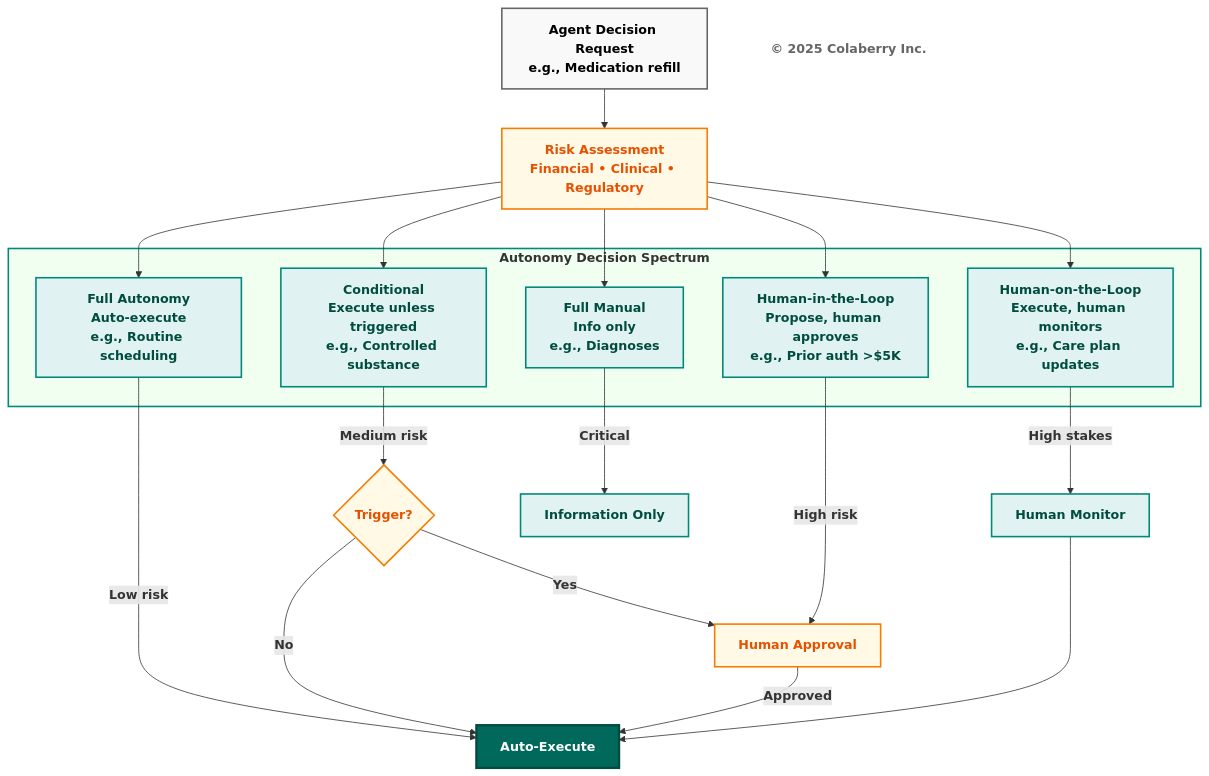
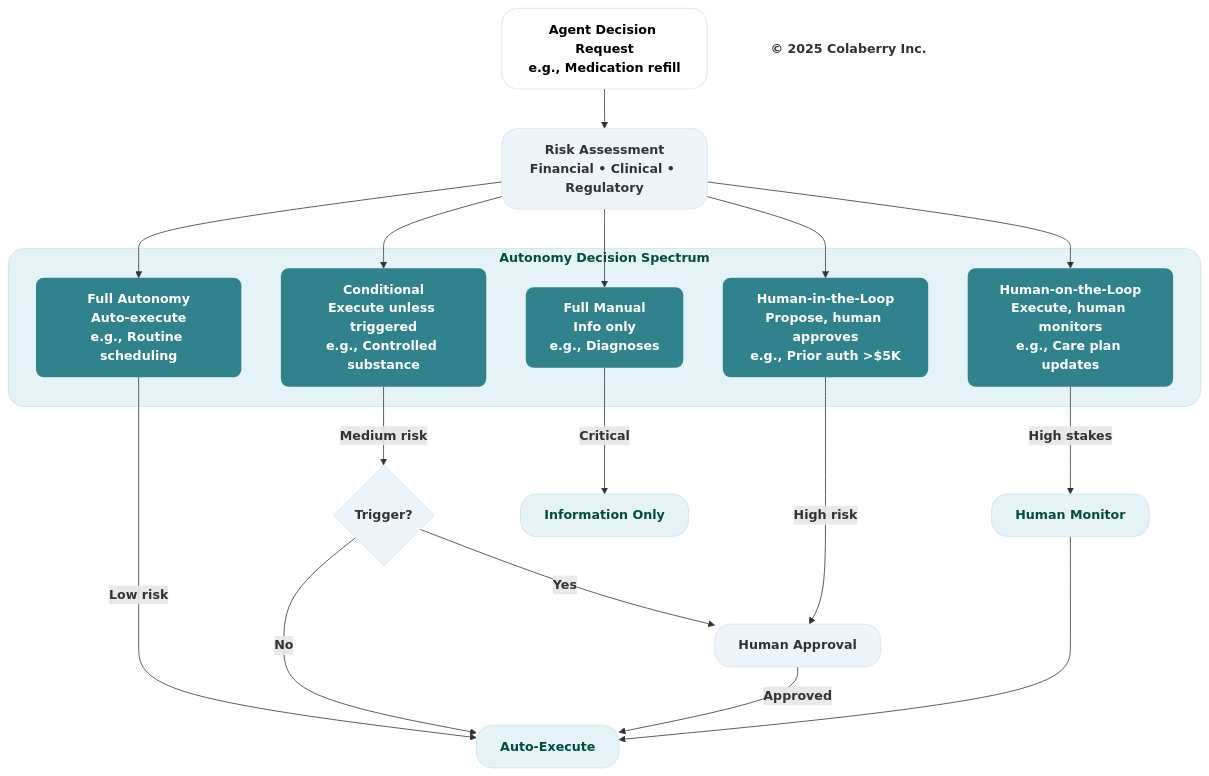
One commit to saitejesh-cyber/trust-before-intelligence-book changed the diagram in mermaid-source/figure-7-6.mmd. Above: the diagram before and after it, drawn with Mermaid. The commit also changed 219 other files, not shown here.

Commit message:
Reapply PR #5 palette and regenerate smooth-edge figure PNGs

```diff
--- a/mermaid-source/figure-7-6.mmd
+++ b/mermaid-source/figure-7-6.mmd
@@ -1,52 +1,52 @@
 graph TB
     REQUEST["<b>Agent Decision Request</b><br/><b>e.g., Medication refill</b>"]
     
     ASSESS["<b>Risk Assessment</b><br/><b>Financial • Clinical • Regulatory</b>"]
     
     REQUEST --> ASSESS
     
     subgraph SPECTRUM["<b>Autonomy Decision Spectrum</b>"]
         FULL["<b>Full Autonomy</b><br/><b>Auto-execute</b><br/><b>e.g., Routine scheduling</b>"]
         
         COND["<b>Conditional</b><br/><b>Execute unless triggered</b><br/><b>e.g., Controlled substance</b>"]
         
         HITL["<b>Human-in-the-Loop</b><br/><b>Propose, human approves</b><br/><b>e.g., Prior auth >$5K</b>"]
         
         HONL["<b>Human-on-the-Loop</b><br/><b>Execute, human monitors</b><br/><b>e.g., Care plan updates</b>"]
         
         MANUAL["<b>Full Manual</b><br/><b>Info only</b><br/><b>e.g., Diagnoses</b>"]
     end
     
     ASSESS --> FULL
     ASSESS --> COND
     ASSESS --> HITL
     ASSESS --> HONL
     ASSESS --> MANUAL
     
     FULL -->|<b>Low risk</b>| EXECUTE["<b>Auto-Execute</b>"]
     COND -->|<b>Medium risk</b>| CHECK{<b>Trigger?</b>}
     CHECK -->|<b>No</b>| EXECUTE
     CHECK -->|<b>Yes</b>| APPROVE["<b>Human Approval</b>"]
     HITL -->|<b>High risk</b>| APPROVE
     HONL -->|<b>High stakes</b>| MONITOR["<b>Human Monitor</b>"]
     MANUAL -->|<b>Critical</b>| INFORM["<b>Information Only</b>"]
     
     APPROVE -->|<b>Approved</b>| EXECUTE
     MONITOR --> EXECUTE
     
-    style REQUEST fill:#f9f9f9,stroke:#666666,stroke-width:2px,color:#000000
-    style ASSESS fill:#fff9e6,stroke:#f57c00,stroke-width:2px,color:#e65100
-    style SPECTRUM fill:#f0fff0,stroke:#00897b,stroke-width:2px
-    style FULL fill:#e0f2f1,stroke:#00897b,stroke-width:2px,color:#004d40
-    style COND fill:#e0f2f1,stroke:#00897b,stroke-width:2px,color:#004d40
-    style HITL fill:#e0f2f1,stroke:#00897b,stroke-width:2px,color:#004d40
-    style HONL fill:#e0f2f1,stroke:#00897b,stroke-width:2px,color:#004d40
-    style MANUAL fill:#e0f2f1,stroke:#00897b,stroke-width:2px,color:#004d40
-    style CHECK fill:#fff9e6,stroke:#f57c00,stroke-width:2px,color:#e65100
-    style EXECUTE fill:#00695c,color:#ffffff,stroke:#004d40,stroke-width:3px
-    style APPROVE fill:#fff9e6,stroke:#f57c00,stroke-width:2px,color:#e65100
-    style MONITOR fill:#e0f2f1,stroke:#00897b,stroke-width:2px,color:#004d40
-    style INFORM fill:#e0f2f1,stroke:#00897b,stroke-width:2px,color:#004d40
+    style REQUEST fill:#ffffff,stroke:#e0e0e0,stroke-width:1px,color:#000000,rx:20,ry:20
+    style ASSESS fill:#edf4fa,stroke:#d6e4f2,stroke-width:1px,color:#333333,rx:20,ry:20
+    style SPECTRUM fill:#e6f3f6,stroke:#c7e3ea,stroke-width:1px,color:#004d40,rx:20,ry:20
+    style FULL fill:#30838C,stroke:none,color:#ffffff,rx:10,ry:10
+    style COND fill:#30838C,stroke:none,color:#ffffff,rx:10,ry:10
+    style HITL fill:#30838C,stroke:none,color:#ffffff,rx:10,ry:10
+    style HONL fill:#30838C,stroke:none,color:#ffffff,rx:10,ry:10
+    style MANUAL fill:#30838C,stroke:none,color:#ffffff,rx:10,ry:10
+    style CHECK fill:#edf4fa,stroke:#d6e4f2,stroke-width:1px,color:#333333,rx:20,ry:20
+    style EXECUTE fill:#e6f3f6,stroke:#c7e3ea,stroke-width:1px,color:#004d40,rx:20,ry:20
+    style APPROVE fill:#edf4fa,stroke:#d6e4f2,stroke-width:1px,color:#333333,rx:20,ry:20
+    style MONITOR fill:#e6f3f6,stroke:#c7e3ea,stroke-width:1px,color:#004d40,rx:20,ry:20
+    style INFORM fill:#e6f3f6,stroke:#c7e3ea,stroke-width:1px,color:#004d40,rx:20,ry:20
     
     Copyright["<b>© 2025 Colaberry Inc.</b>"]
-    style Copyright fill:#ffffff,stroke:none,color:#666666
+    style Copyright fill:none,stroke:none,color:#333333
```
